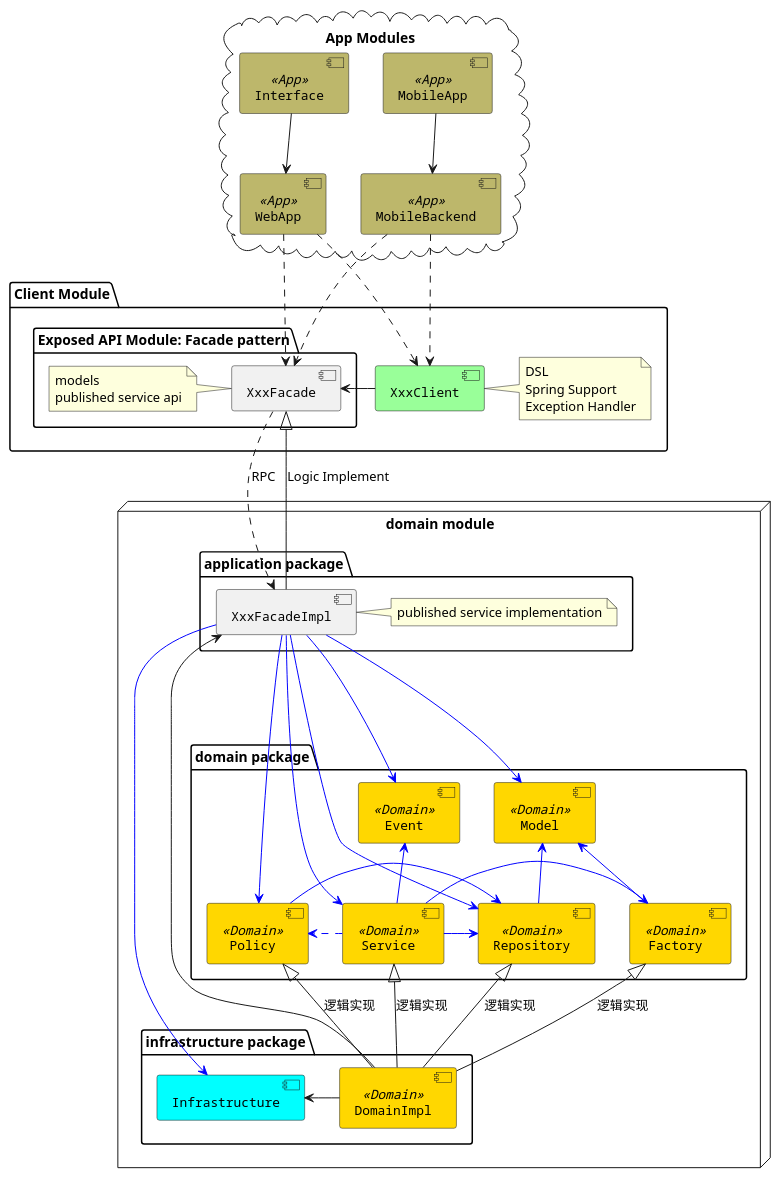
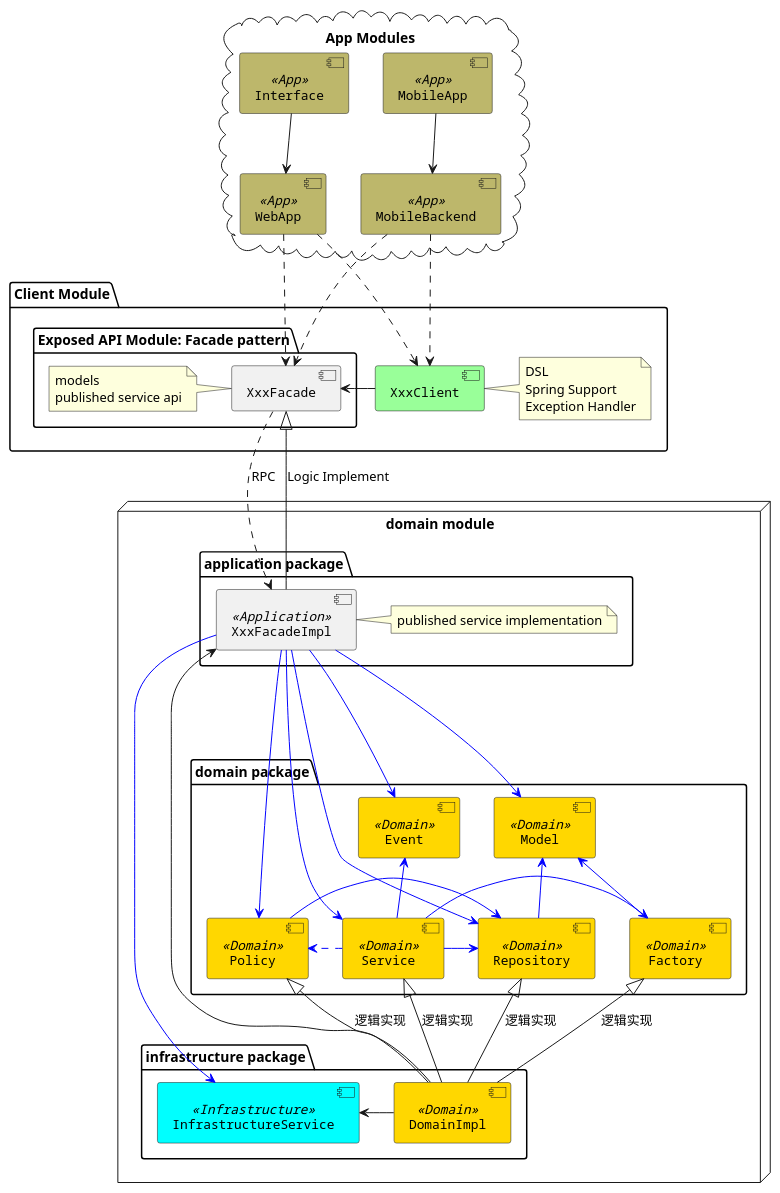
The diagram in src/main/puml/ddd-components-rpc.puml (linux-china/ddd-base), drawn with PlantUML before and after one commit.

Commit message:
adjust structure

```diff
--- a/src/main/puml/ddd-components-rpc.puml
+++ b/src/main/puml/ddd-components-rpc.puml
@@ -1,79 +1,79 @@
 @startuml
 
 node "domain module" {
     package "application package" {
-       [XxxFacadeImpl]
+       [XxxFacadeImpl] <<Application>>
        note right of XxxFacadeImpl : published service implementation
     }
 
     package "domain package"  {
        [Model] <<Domain>>
        [Repository] <<Domain>>
        [Factory] <<Domain>>
        [Service] <<Domain>>
        [Event] <<Domain>>
        [Policy] <<Domain>>
     }
 
     package "infrastructure package" {
-       [Infrastructure] #Aqua
+       [InfrastructureService] <<Infrastructure>> #Aqua
        [DomainImpl] <<Domain>>
-       [DomainImpl] -> [Infrastructure]
+       [DomainImpl] -> [InfrastructureService]
        [DomainImpl] -up-|> [Service]: 逻辑实现
        [DomainImpl] -up-|> [Repository]: 逻辑实现
        [DomainImpl] -up-|> [Factory]: 逻辑实现
        [DomainImpl] -up-|> [Policy]: 逻辑实现
     }
 }
 
 package "Client Module" {
     package "Exposed API Module: Facade pattern" {
        [XxxFacade]
        note left of XxxFacade : models\npublished service api
     }
    [XxxClient] #99FF99
    note right of XxxClient : DSL\nSpring Support\nException Handler
    [XxxClient] -left-> [XxxFacade]
 }
 
 cloud "App Modules" {
     [WebApp] <<App>>
     [MobileBackend] <<App>>
     [Interface] <<App>>
     [MobileApp] <<App>>
 }
 
 [XxxFacadeImpl] <--- [DomainImpl]
 [Service] -[#0000FF]> [Factory]
 [Service] -[#0000FF]> [Repository]
 [Service] .[#0000FF]> [Policy]
 [Service] -[#0000FF]up-> [Event]
 [Policy] -[#0000FF]> [Repository]
 [Repository] -[#0000FF]up-> [Model]
 [Factory] -[#0000FF]up-> [Model]
 
 [XxxFacadeImpl] -[#0000FF]--> [Service]
 [XxxFacadeImpl] -[#0000FF]--> [Event]
 [XxxFacadeImpl] -[#0000FF]--> [Model]
 [XxxFacadeImpl] -[#0000FF]--> [Policy]
 [XxxFacadeImpl] -[#0000FF]--> [Repository]
-[XxxFacadeImpl] -[#0000FF]----> [Infrastructure]
+[XxxFacadeImpl] -[#0000FF]----> [InfrastructureService]
 
 [XxxFacade] ..> [XxxFacadeImpl]: RPC
 [XxxFacade] <|-- [XxxFacadeImpl]: Logic Implement
 
 [WebApp] ..> [XxxClient]
 [WebApp] ..> [XxxFacade]
 [Interface] --> [WebApp]
 [MobileBackend] ..> [XxxClient]
 [MobileBackend] ..> [XxxFacade]
 [MobileApp] --> [MobileBackend]
 
 skinparam component {
   FontSize 13
   BackgroundColor<<Domain>> gold
   BackgroundColor<<App>> DarkKhaki
   FontName Courier
 }
 
 @enduml
```
